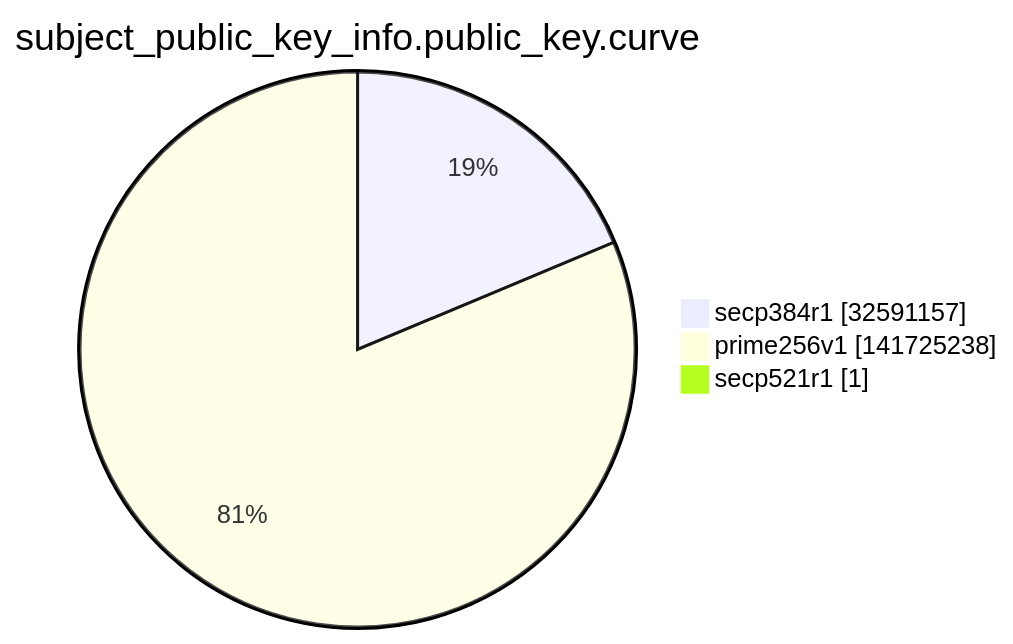
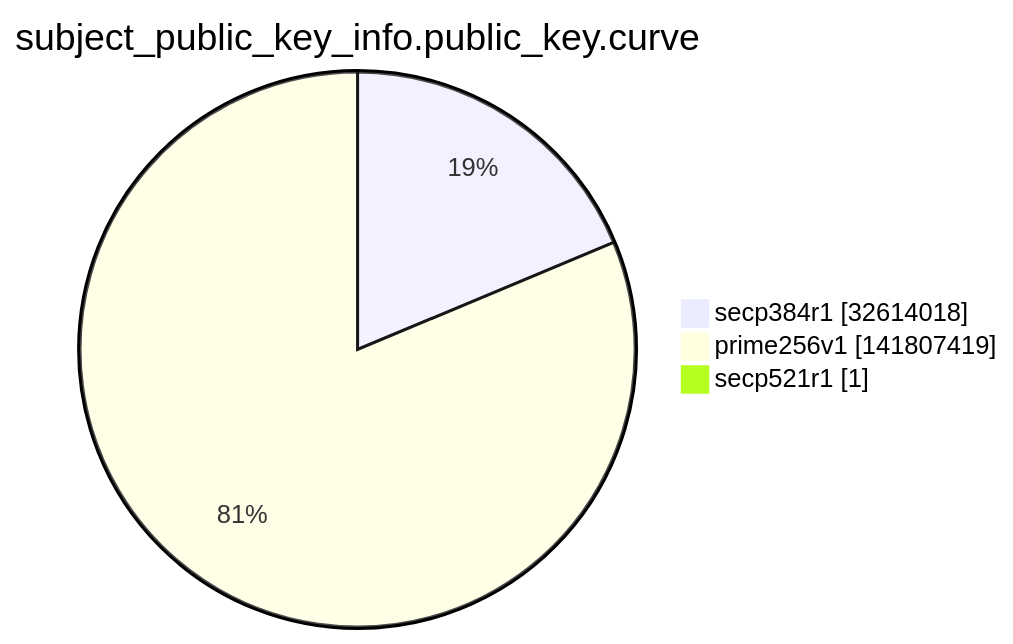
Before and after one commit to christiankrug/ctmonitor_visualization: the ninth of 15 diagrams in argon2022/README.md, drawn with Mermaid. The commit also changed other lines of this file, not shown here.

````diff
--- a/argon2022/README.md
+++ b/argon2022/README.md
@@ -2763,7 +2763,7 @@
 ```mermaid
 pie showData
 title subject_public_key_info.public_key.curve
-"secp384r1" :32591157
-"prime256v1" :141725238
+"secp384r1" :32614018
+"prime256v1" :141807419
 "secp521r1" :1
 ```
````
